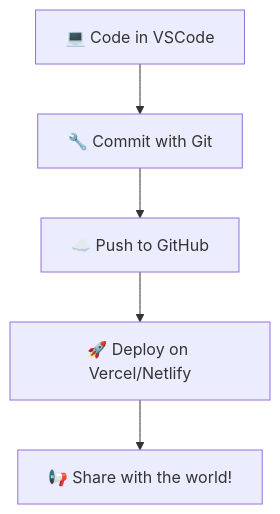
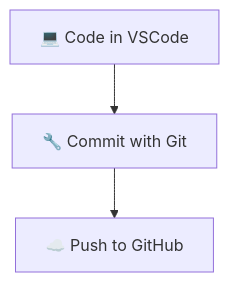
The diagram in README.md (IbadKhan578/IbadKhan578), drawn with Mermaid before and after one commit. The commit also changed other lines of this file, not shown here.

````diff
--- a/README.md
+++ b/README.md
@@ -61,7 +61,6 @@
 ```mermaid
 graph TD;
   Code[💻 Code in VSCode] --> Git[🔧 Commit with Git];
   Git --> Push[☁️ Push to GitHub];
-  Push --> Deploy[🚀 Deploy on Vercel/Netlify];
-  Deploy --> Share[📢 Share with the world!];
+ 
 ```
````
